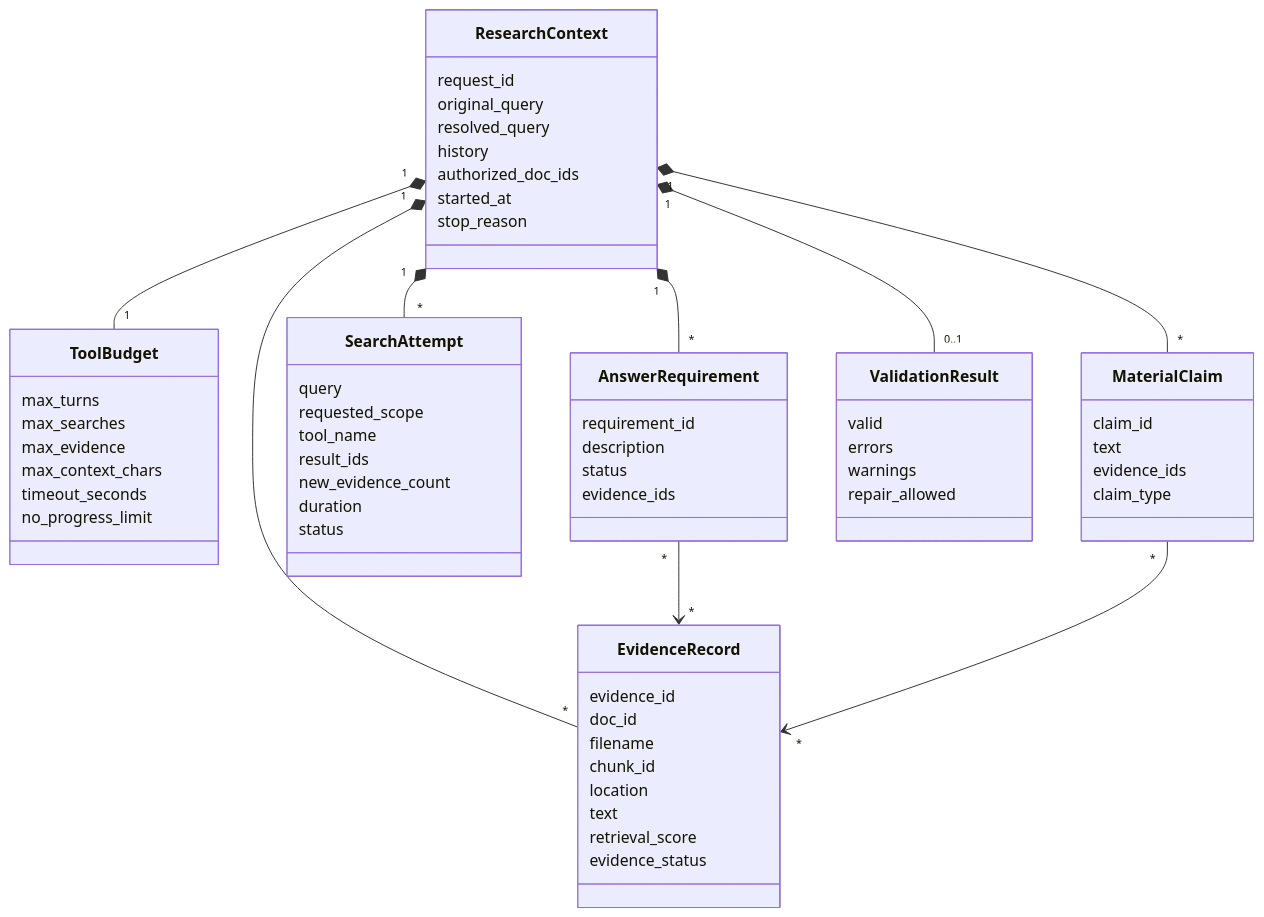
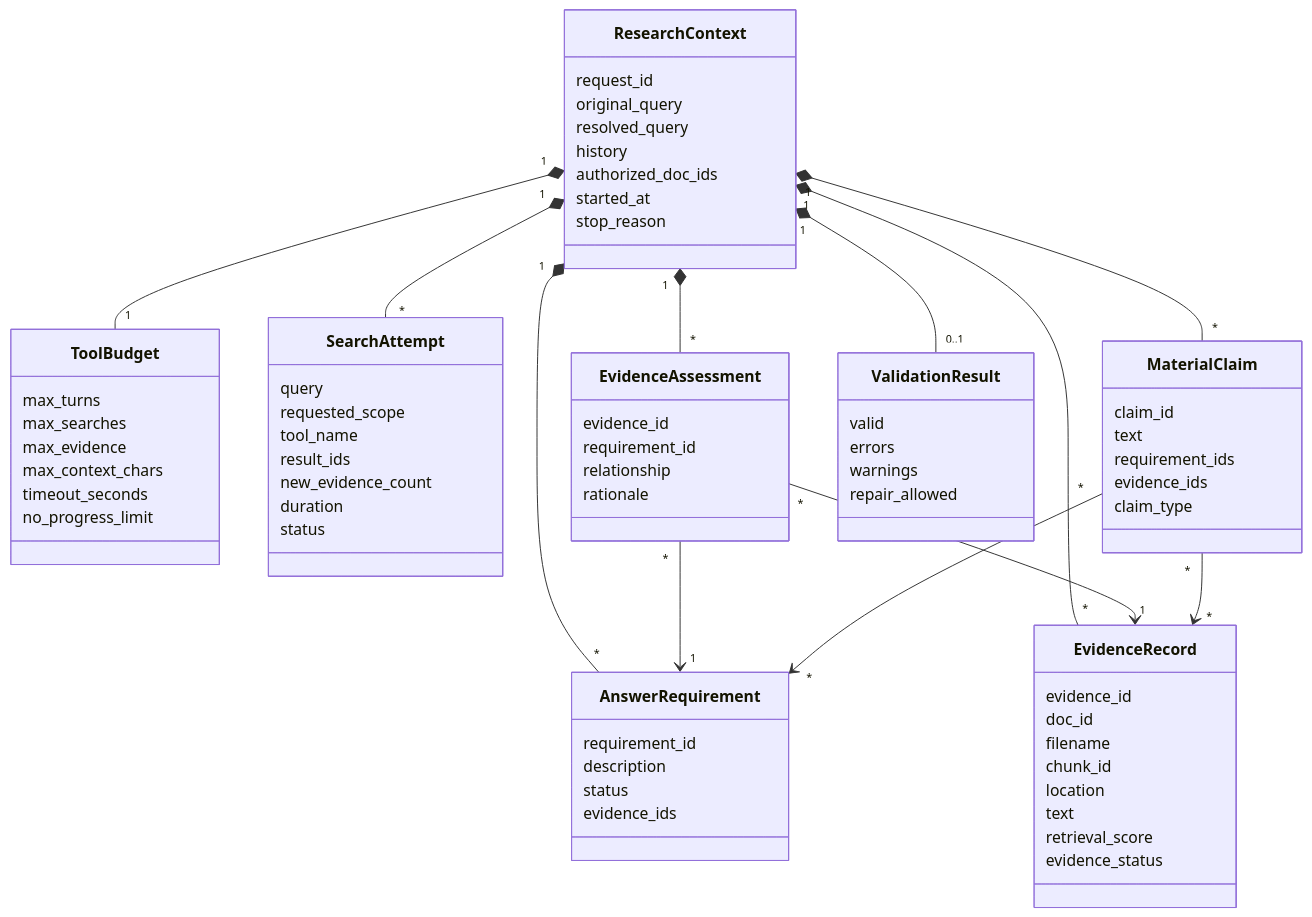
The sixth of 7 diagrams in ARCHITECTURE.md (Rohan-Desai/agentic-search), drawn with Mermaid before and after one commit. The commit also changed 4 other files, not shown here.

````diff
--- a/ARCHITECTURE.md
+++ b/ARCHITECTURE.md
@@ -253,9 +253,17 @@
         evidence_status
     }
 
+    class EvidenceAssessment {
+        evidence_id
+        requirement_id
+        relationship
+        rationale
+    }
+
     class MaterialClaim {
         claim_id
         text
+        requirement_ids
         evidence_ids
         claim_type
     }
@@ -271,8 +279,11 @@
     ResearchContext "1" *-- "*" AnswerRequirement
     ResearchContext "1" *-- "*" SearchAttempt
     ResearchContext "1" *-- "*" EvidenceRecord
+    ResearchContext "1" *-- "*" EvidenceAssessment
     ResearchContext "1" *-- "*" MaterialClaim
     ResearchContext "1" *-- "0..1" ValidationResult
-    AnswerRequirement "*" --> "*" EvidenceRecord
+    EvidenceAssessment "*" --> "1" AnswerRequirement
+    EvidenceAssessment "*" --> "1" EvidenceRecord
     MaterialClaim "*" --> "*" EvidenceRecord
+    MaterialClaim "*" --> "*" AnswerRequirement
 ```
````
